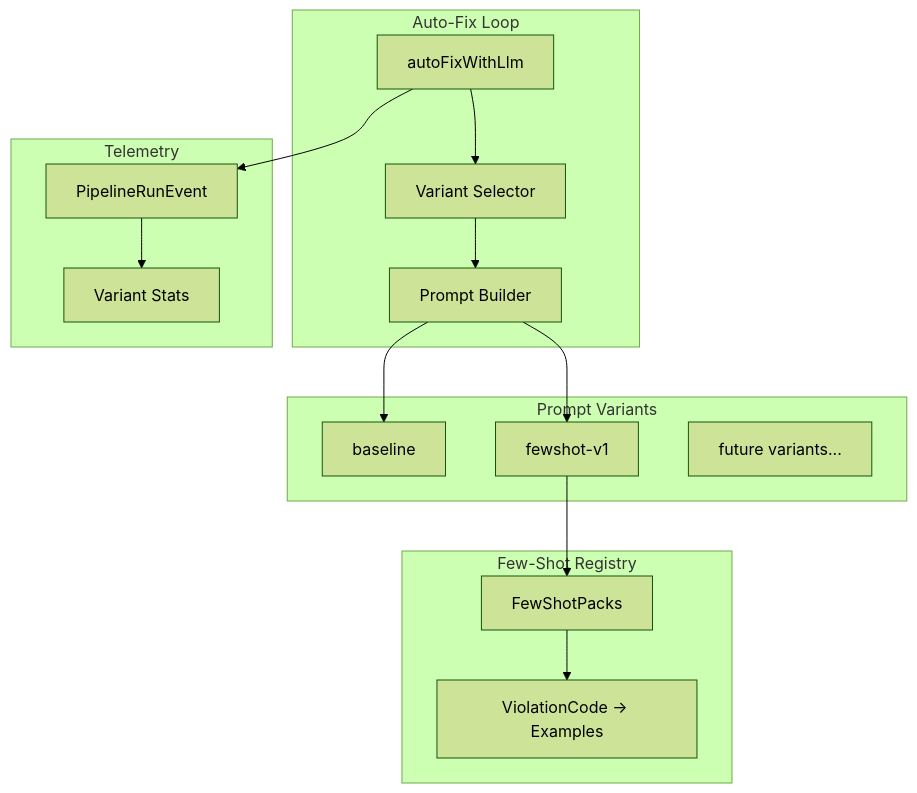
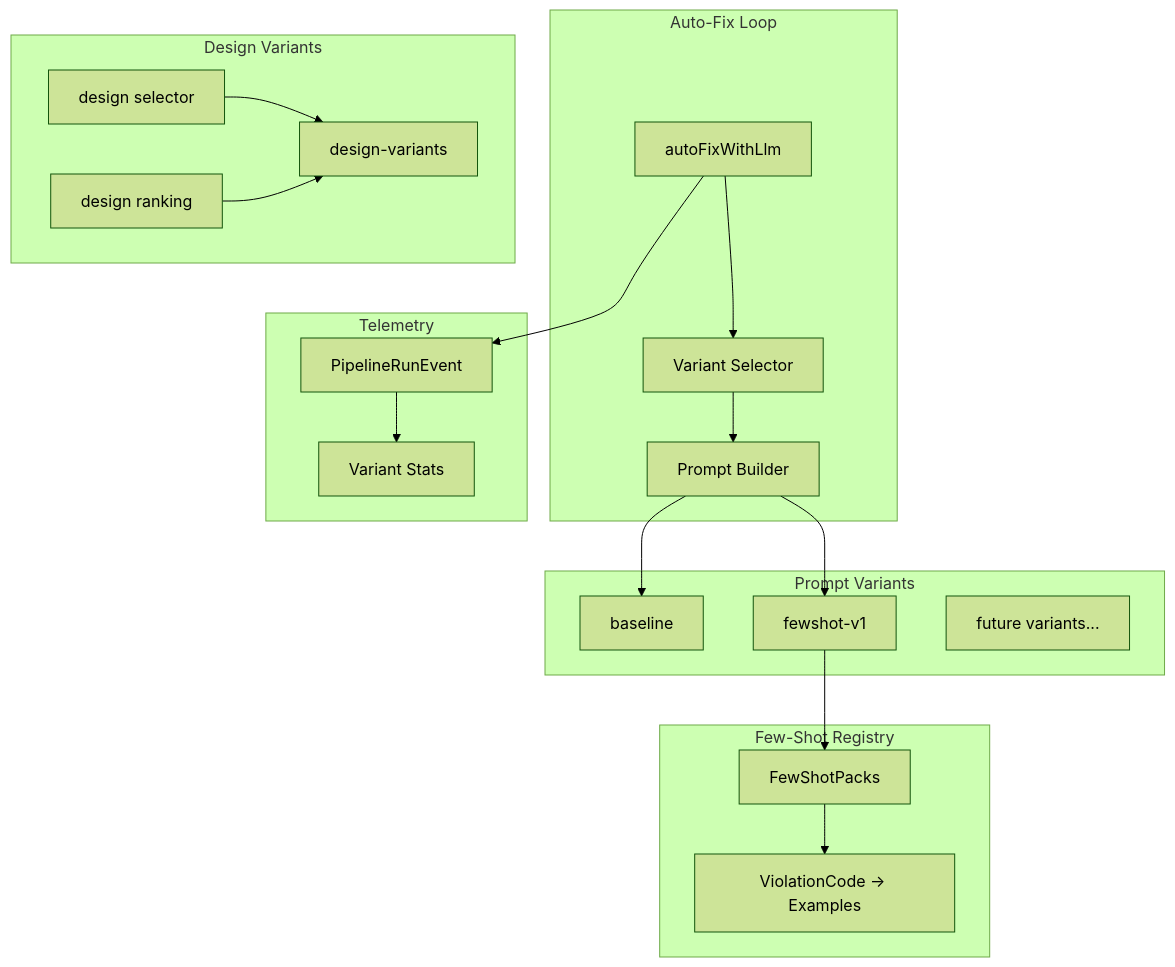
Before and after one commit to Web-pixel-creator/BIGPROLECT: the diagram in .kiro/specs/prompt-tuning/design.md, drawn with Mermaid (forest theme). The commit also changed other lines of this file and 11 other files, not shown here.

Commit message:
Update specs: design quality + variants focus

````diff
--- a/.kiro/specs/prompt-tuning/design.md
+++ b/.kiro/specs/prompt-tuning/design.md
@@ -9,33 +9,41 @@
 ```mermaid
 graph TD
     subgraph "Auto-Fix Loop"
         AFL[autoFixWithLlm]
         VS[Variant Selector]
         PB[Prompt Builder]
     end
     
     subgraph "Prompt Variants"
         BL[baseline]
         FS[fewshot-v1]
         FUT[future variants...]
+    end
+
+    subgraph "Design Variants"
+        DV[design-variants]
+        DS[design selector]
+        DR[design ranking]
     end
     
     subgraph "Few-Shot Registry"
         FSR[FewShotPacks]
         VCM[ViolationCode -> Examples]
     end
     
     subgraph "Telemetry"
         TE[PipelineRunEvent]
         VS2[Variant Stats]
     end
     
     AFL --> VS
     VS --> PB
     PB --> BL
     PB --> FS
     FS --> FSR
     FSR --> VCM
     AFL --> TE
     TE --> VS2
+    DS --> DV
+    DR --> DV
 ```
````
